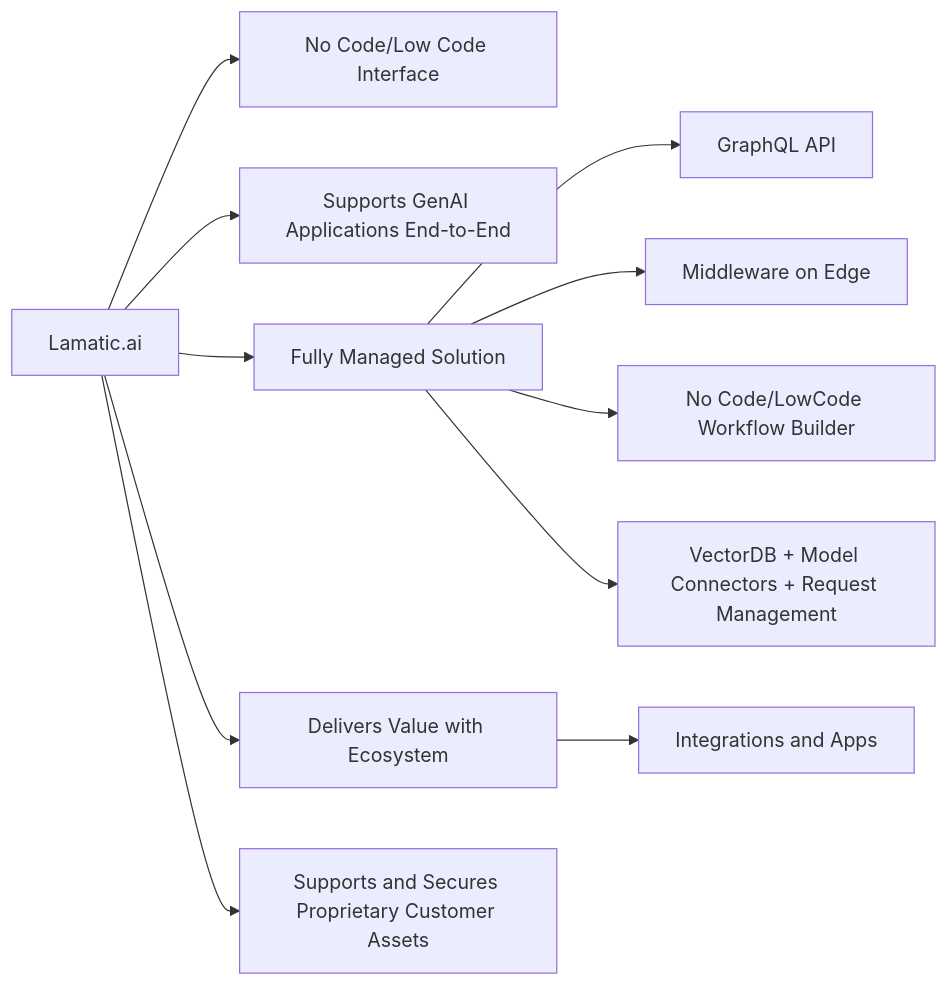
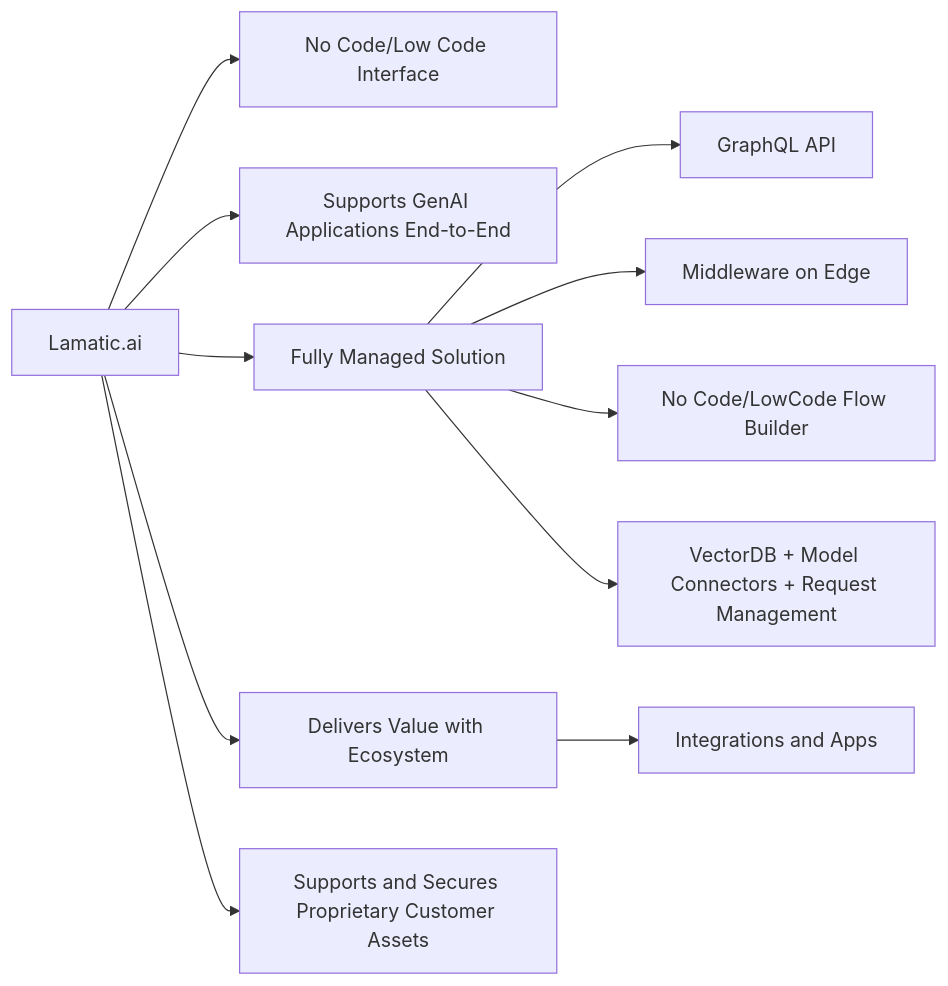
Before and after one commit to Lamatic/Lamatic-Docs: the second of 2 diagrams in pages/docs/why-lamatic.mdx, drawn with Mermaid. The commit also changed other lines of this file and 17 other files, not shown here.

Commit message:
replaced workflow with flow

````diff
--- a/pages/docs/why-lamatic.mdx
+++ b/pages/docs/why-lamatic.mdx
@@ -82,24 +82,24 @@
 ```mermaid
 graph LR
     A[Lamatic.ai]
     B[No Code/Low Code Interface]
     C[Supports GenAI Applications End-to-End]
     D[Fully Managed Solution]
     E[Delivers Value with Ecosystem]
     F[Supports and Secures Proprietary Customer Assets]
     G[GraphQL API]
     H[Middleware on Edge]
-    I[No Code/LowCode Workflow Builder]
+    I[No Code/LowCode Flow Builder]
     J[VectorDB + Model Connectors + Request Management]
     K[Integrations and Apps]
     A --> B
     A --> C
     A --> D
     A --> E
     A --> F
     D --> G
     D --> H
     D --> I
     D --> J
     E --> K
 ```
````
